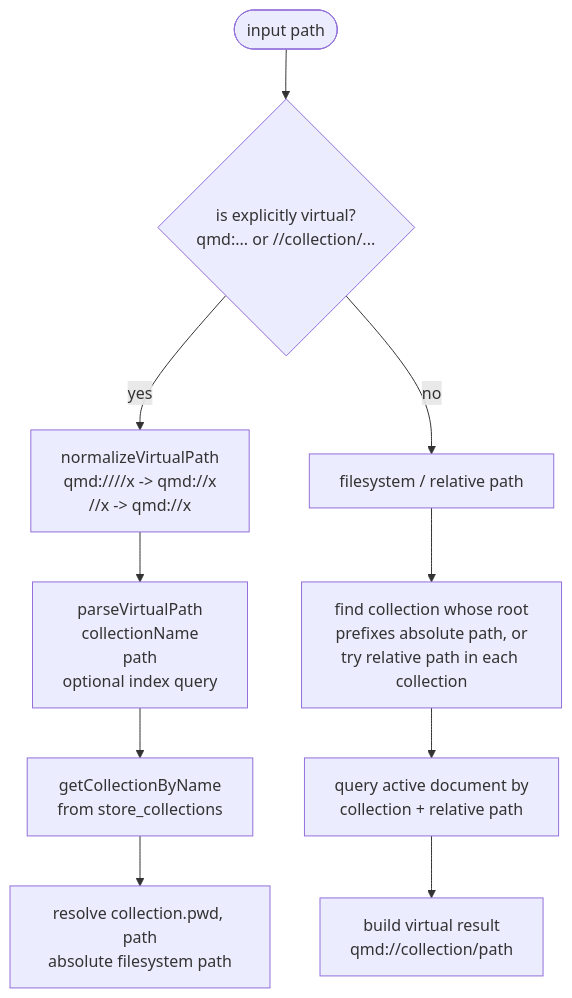
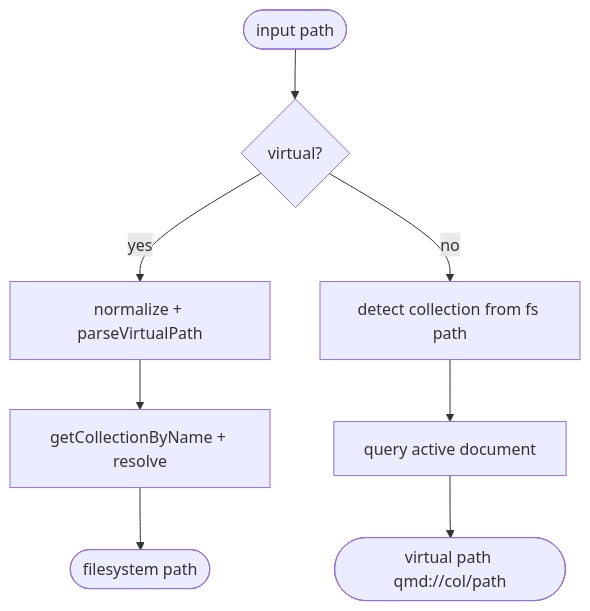
One commit to sagarsrc/qmd-fork changed the fifth of 5 diagrams in docs/experiments/001-understanding-codebase/workers/store-explorer/output/diagrams.md. Above: the diagram before and after it, drawn with Mermaid. The commit also changed other lines of this file and 4 other files, not shown here.

First line of the commit message:
docs: compact all mermaid diagrams vertically

````diff
--- a/docs/experiments/001-understanding-codebase/workers/store-explorer/output/diagrams.md
+++ b/docs/experiments/001-understanding-codebase/workers/store-explorer/output/diagrams.md
@@ -138,12 +135,10 @@
 ```mermaid
 flowchart TD
-    A([input path]) --> B{is explicitly virtual?<br/>qmd:... or //collection/...}
-    B -->|yes| C[normalizeVirtualPath<br/>qmd:////x -> qmd://x<br/>//x -> qmd://x]
-    B -->|no| D[filesystem / relative path]
-    C --> E[parseVirtualPath<br/>collectionName<br/>path<br/>optional index query]
-    D --> F[find collection whose root<br/>prefixes absolute path, or<br/>try relative path in each collection]
-    E --> G[getCollectionByName<br/>from store_collections]
-    F --> H[query active document by<br/>collection + relative path]
-    G --> I[resolve collection.pwd, path<br/>absolute filesystem path]
-    H --> J[build virtual result<br/>qmd://collection/path]
+    A([input path]) --> B{virtual?}
+    B -->|yes| C["normalize + parseVirtualPath"]
+    B -->|no| D["detect collection from fs path"]
+    C --> E["getCollectionByName + resolve"]
+    D --> F["query active document"]
+    E --> G([filesystem path])
+    F --> H([virtual path qmd://col/path])
 ```
````
